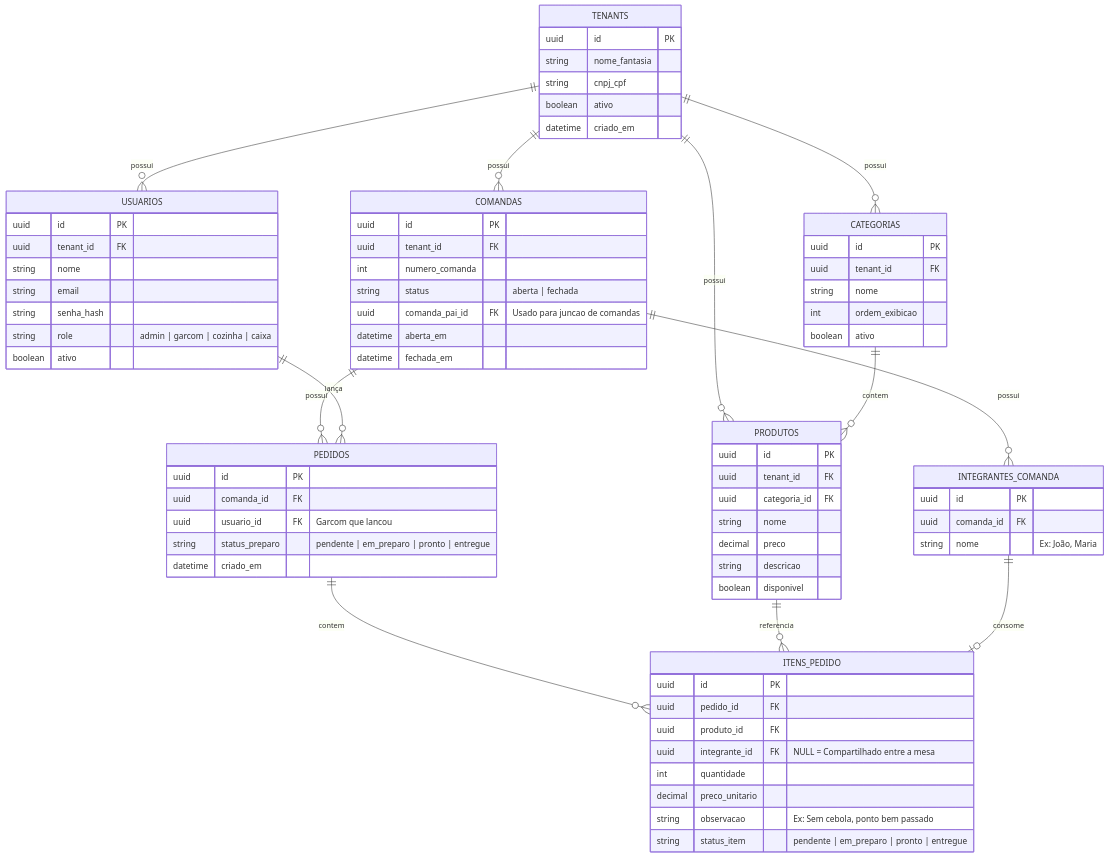
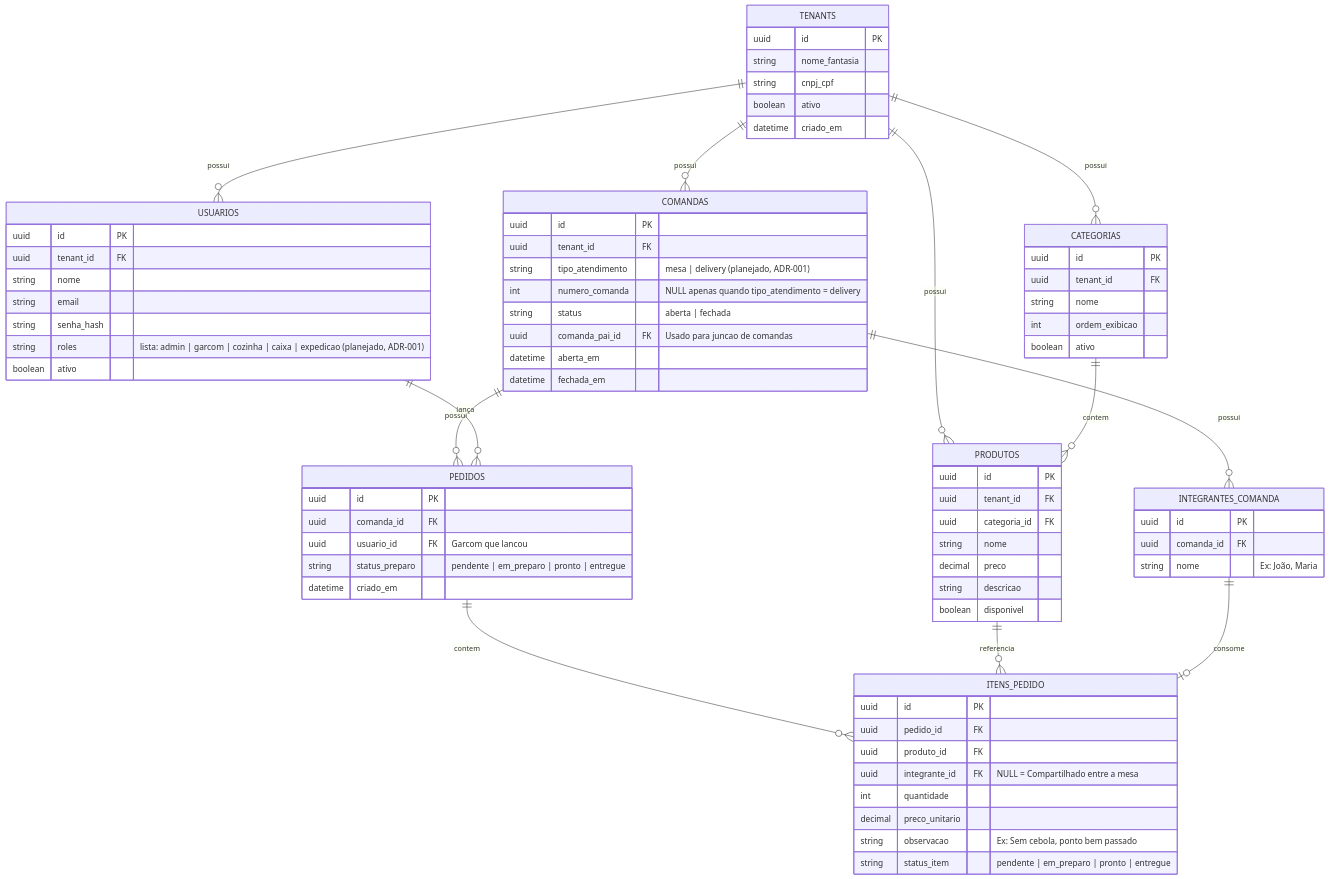
The first of 2 diagrams in docs/banco-de-dados.md (SamuelRamosSantos/pedmesa-backend), drawn with Mermaid before and after one commit. The commit also changed other lines of this file and 1 other file, not shown here.

Commit message:
docs(delivery): registrar adr do agregado delivery, inventário e er atualizado [PED-83]

```diff
--- a/docs/banco-de-dados.md
+++ b/docs/banco-de-dados.md
@@ -42,7 +42,7 @@
         string nome
         string email
         string senha_hash
-        string role "admin | garcom | cozinha | caixa"
+        string roles "lista: admin | garcom | cozinha | caixa | expedicao (planejado, ADR-001)"
         boolean ativo
     }
 
@@ -67,7 +67,8 @@
     COMANDAS {
         uuid id PK
         uuid tenant_id FK
-        int numero_comanda
+        string tipo_atendimento "mesa | delivery (planejado, ADR-001)"
+        int numero_comanda "NULL apenas quando tipo_atendimento = delivery"
         string status "aberta | fechada"
         uuid comanda_pai_id FK "Usado para juncao de comandas"
         datetime aberta_em
```
